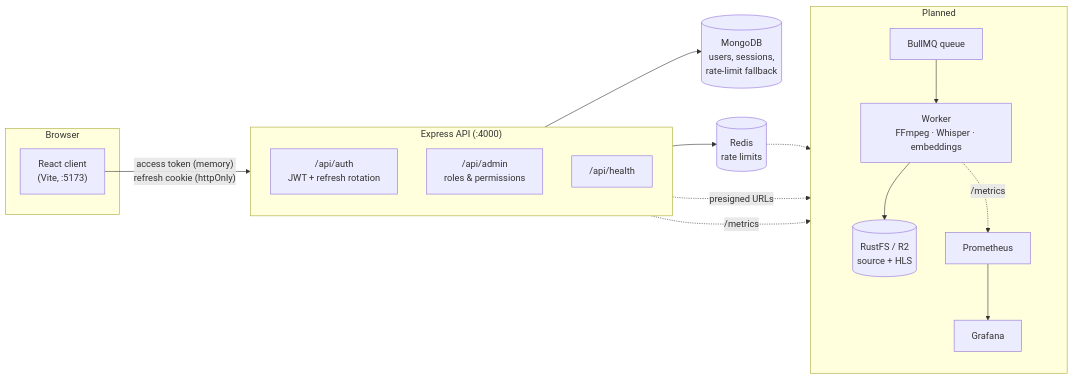
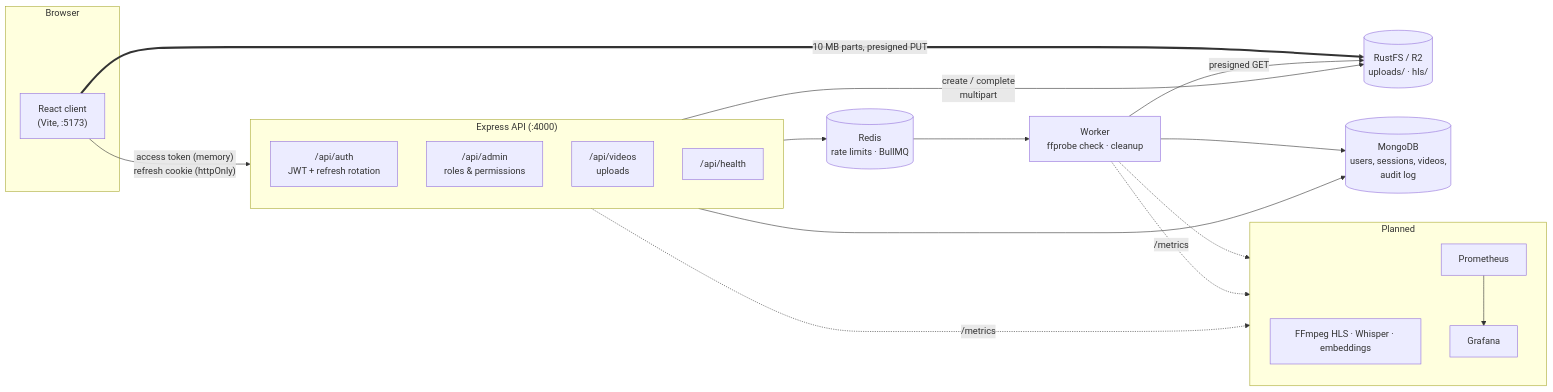
The first of 3 diagrams in README.md (Labib000/reelstack-ai-video-platform), drawn with Mermaid before and after one commit. The commit also changed other lines of this file and 67 other files, not shown here.

Commit message:
add admin console and direct-to-storage video uploads with ffprobe worker

````diff
--- a/README.md
+++ b/README.md
@@ -105,28 +120,32 @@
 ```mermaid
 flowchart LR
     subgraph Browser
         UI["React client<br/>(Vite, :5173)"]
     end
 
     subgraph API["Express API (:4000)"]
         AUTH["/api/auth<br/>JWT + refresh rotation"]
         ADMIN["/api/admin<br/>roles & permissions"]
+        VIDEOS["/api/videos<br/>uploads"]
         HEALTH["/api/health"]
     end
 
     UI -- "access token (memory)<br/>refresh cookie (httpOnly)" --> API
-    API --> MONGO[("MongoDB<br/>users, sessions,<br/>rate-limit fallback")]
-    API --> REDIS[("Redis<br/>rate limits")]
-    API -. presigned URLs .-> S3[("RustFS / R2<br/>source + HLS")]
+    UI == "10 MB parts, presigned PUT" ==> S3[("RustFS / R2<br/>uploads/ · hls/")]
+    API --> MONGO[("MongoDB<br/>users, sessions, videos,<br/>audit log")]
+    API --> REDIS[("Redis<br/>rate limits · BullMQ")]
+    API -- "create / complete<br/>multipart" --> S3
+    REDIS --> W["Worker<br/>ffprobe check · cleanup"]
+    W -- "presigned GET" --> S3
+    W --> MONGO
 
     subgraph Planned
         direction TB
-        Q["BullMQ queue"] --> W["Worker<br/>FFmpeg · Whisper · embeddings"]
-        W --> S3
+        T["FFmpeg HLS · Whisper · embeddings"]
         PROM["Prometheus"] --> GRAF["Grafana"]
     end
 
-    REDIS -.-> Q
+    W -.-> T
     API -. /metrics .-> PROM
     W -. /metrics .-> PROM
 ```
````
